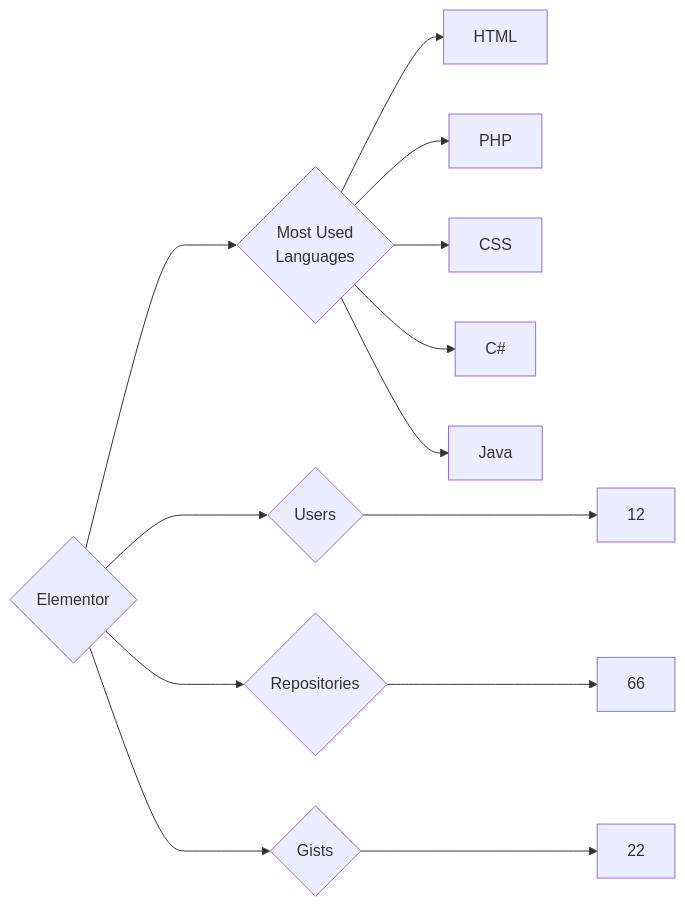
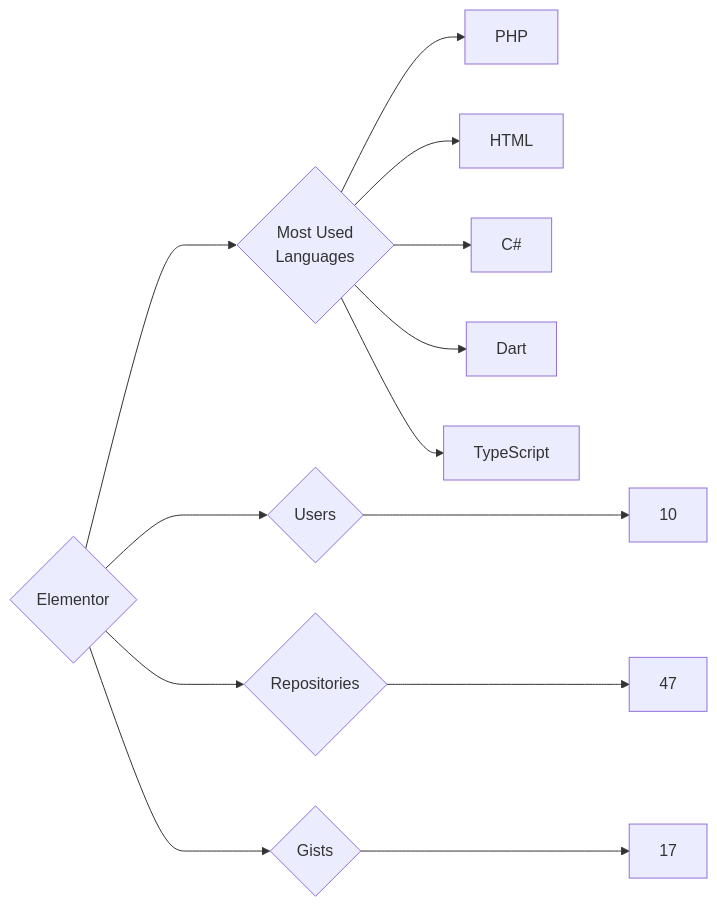
The diagram in targets/Elementor/README.md (trickest/insiders), drawn with Mermaid before and after one commit. The commit also changed 814 other files, not shown here.

````diff
--- a/targets/Elementor/README.md
+++ b/targets/Elementor/README.md
@@ -3,13 +3,13 @@
 ```mermaid
 graph LR
 COMPANY_NAME{Elementor}
-COMPANY_NAME ---> U{Users} ---> UN[12]
-COMPANY_NAME ---> R{Repositories} ---> RN[66]
-COMPANY_NAME ---> G{Gists} ---> GN[22]
+COMPANY_NAME ---> U{Users} ---> UN[10]
+COMPANY_NAME ---> R{Repositories} ---> RN[47]
+COMPANY_NAME ---> G{Gists} ---> GN[17]
 COMPANY_NAME ---> ML{Most Used<br>Languages}
+ML --> PHP[PHP]
 ML --> HTML[HTML]
-ML --> PHP[PHP]
-ML --> CSS[CSS]
 ML --> C#[C#]
-ML --> Java[Java]
+ML --> Dart[Dart]
+ML --> TypeScript[TypeScript]
 ```
````
